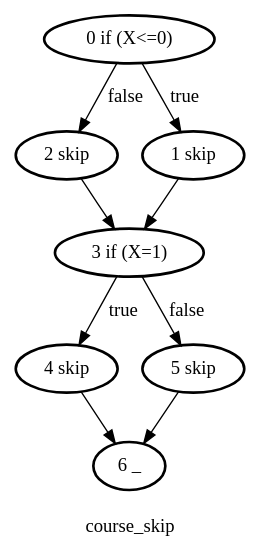
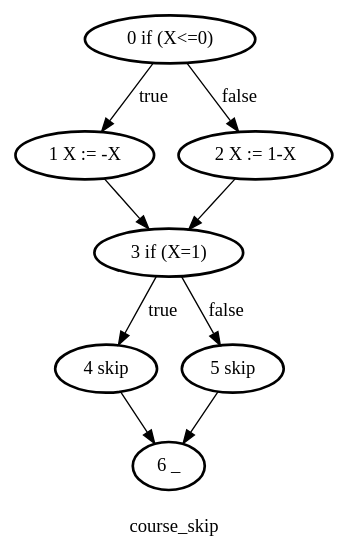
The diagram in graphs/course_skip.dot (ghigi123/ivf), drawn with Graphviz before and after one commit. The commit also changed 9 other files, not shown here.

Commit message:
changing course_skip graph to be relevant for all definitions too

```diff
--- a/graphs/course_skip.dot
+++ b/graphs/course_skip.dot
@@ -1,19 +1,19 @@
 digraph course_skip {
 	label = "
 course_skip"
-	"2 skip" [style = bold]
+	"1 X := -X" [style = bold]
 	"3 if (X=1)" -> "4 skip" [label = true]
 	"4 skip" -> "6 _"
-	"2 skip" -> "3 if (X=1)"
-	"0 if (X<=0)" -> "1 skip" [label = true]
+	"1 X := -X" -> "3 if (X=1)"
+	"2 X := 1-X" -> "3 if (X=1)"
 	"3 if (X=1)" [style = bold]
-	"1 skip" [style = bold]
 	"6 _" [style = bold]
 	"5 skip" -> "6 _"
 	"3 if (X=1)" -> "5 skip" [label = false]
+	"2 X := 1-X" [style = bold]
+	"0 if (X<=0)" -> "1 X := -X" [label = true]
 	"4 skip" [style = bold]
 	"0 if (X<=0)" [style = bold]
-	"1 skip" -> "3 if (X=1)"
-	"0 if (X<=0)" -> "2 skip" [label = false]
+	"0 if (X<=0)" -> "2 X := 1-X" [label = false]
 	"5 skip" [style = bold]
 }
```
